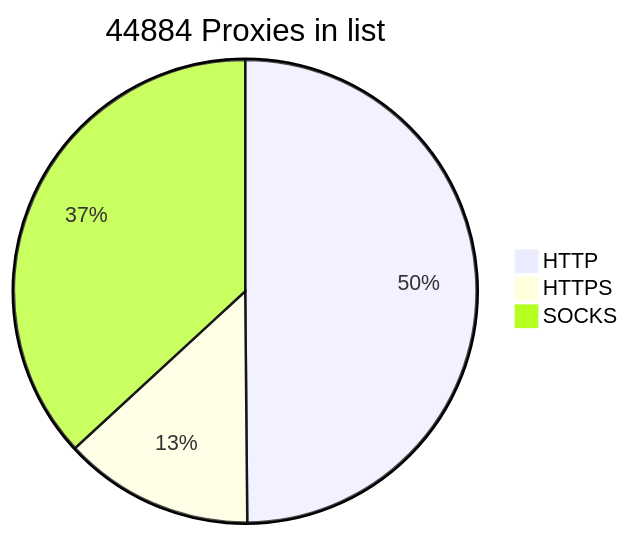
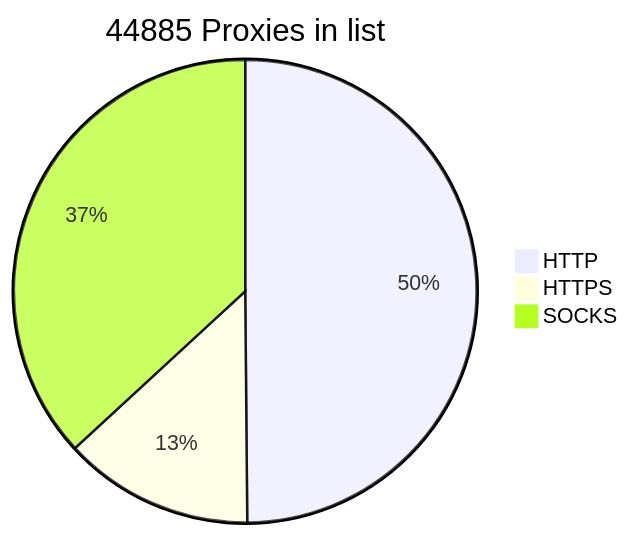
Before and after one commit to BlackSnowDot/proxylist-update-every-minute: the diagram in README.md, drawn with Mermaid.

````diff
--- a/README.md
+++ b/README.md
@@ -2,6 +2,6 @@
 ```mermaid
-pie title 44884 Proxies in list
-    "HTTP" : 24961
+pie title 44885 Proxies in list
+    "HTTP" : 24962
     "HTTPS": 6651
     "SOCKS" : 18450
 ```
````
